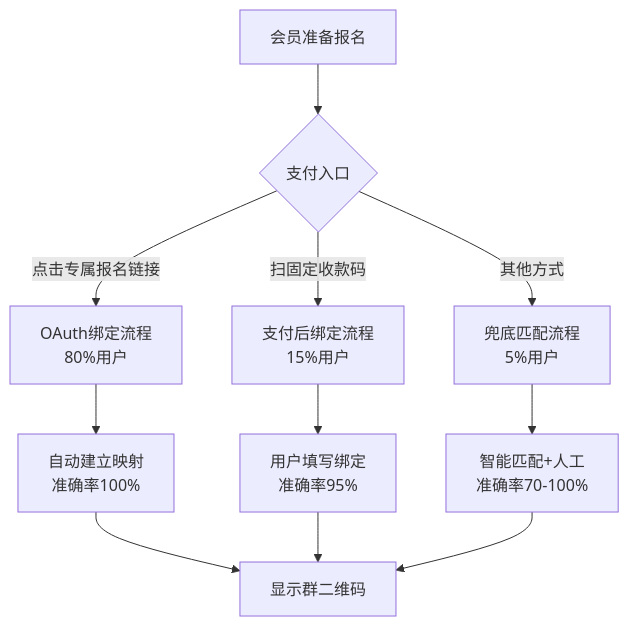
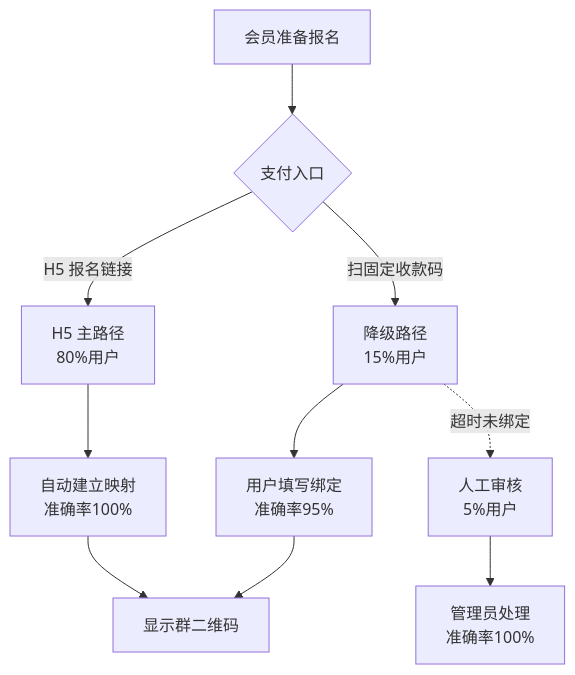
Before and after one commit to yiancode/AutoDepositRefundAgent: the second of 13 diagrams in docs/v1/diagrams/业务流程图.md, drawn with Mermaid. The commit also changed other lines of this file and 5 other files, not shown here.

First line of the commit message:
docs(design): 同步 diagrams 与技术方案，移除智能匹配逻辑

````diff
--- a/docs/v1/diagrams/业务流程图.md
+++ b/docs/v1/diagrams/业务流程图.md
@@ -55,16 +57,16 @@
 ```mermaid
 flowchart TD
     A[会员准备报名] --> B{支付入口}
 
-    B -->|点击专属报名链接| C[OAuth绑定流程<br/>80%用户]
-    B -->|扫固定收款码| D[支付后绑定流程<br/>15%用户]
-    B -->|其他方式| E[兜底匹配流程<br/>5%用户]
+    B -->|H5 报名链接| C[H5 主路径<br/>80%用户]
+    B -->|扫固定收款码| D[降级路径<br/>15%用户]
 
-    C --> F[自动建立映射<br/>准确率100%]
-    D --> G[用户填写绑定<br/>准确率95%]
-    E --> H[智能匹配+人工<br/>准确率70-100%]
+    C --> E[自动建立映射<br/>准确率100%]
+    D --> F[用户填写绑定<br/>准确率95%]
 
-    F --> I[显示群二维码]
-    G --> I
-    H --> I
+    E --> G[显示群二维码]
+    F --> G
+
+    D -.->|超时未绑定| H[人工审核<br/>5%用户]
+    H --> I[管理员处理<br/>准确率100%]
 ```
````
